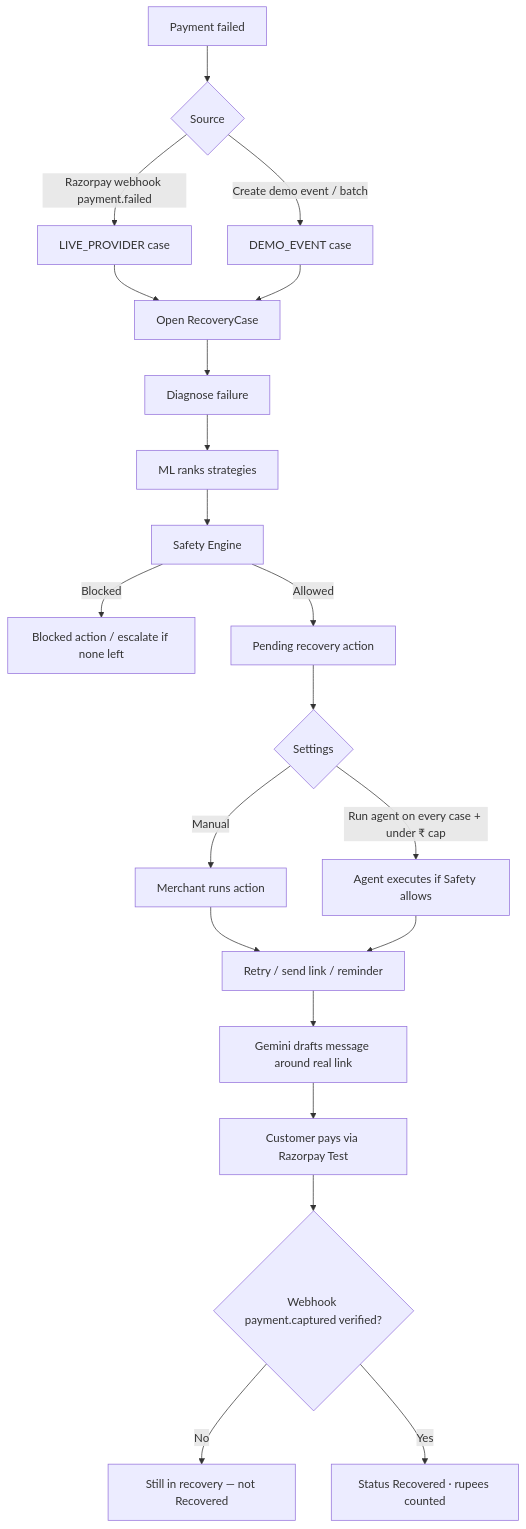
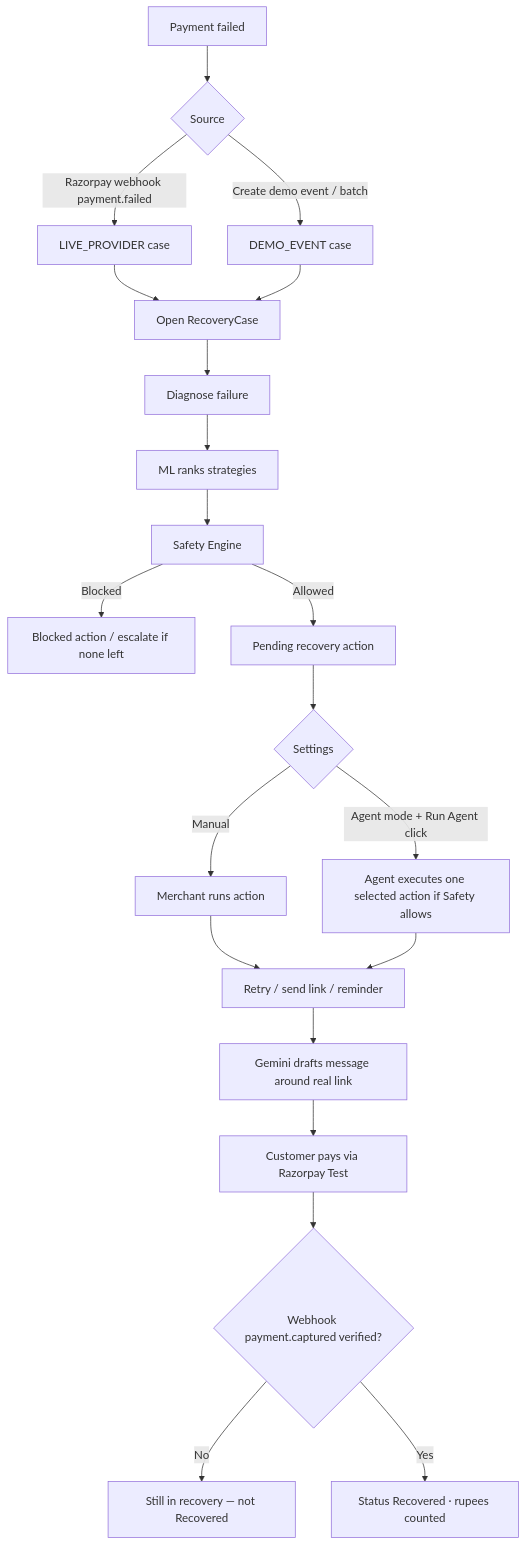
One commit to voyage-coder/RecoverAI changed the third of 4 diagrams in README.md. Above: the diagram before and after it, drawn with Mermaid. The commit also changed other lines of this file and 25 other files, not shown here.

Commit message:
Changed manual and run agent settings

````diff
--- a/README.md
+++ b/README.md
@@ -317,23 +317,23 @@
 ```mermaid
 flowchart TD
   A[Payment failed] --> B{Source}
   B -->|Razorpay webhook payment.failed| C[LIVE_PROVIDER case]
   B -->|Create demo event / batch| D[DEMO_EVENT case]
   C --> E[Open RecoveryCase]
   D --> E
   E --> F[Diagnose failure]
   F --> G[ML ranks strategies]
   G --> H[Safety Engine]
   H -->|Blocked| I[Blocked action / escalate if none left]
   H -->|Allowed| J[Pending recovery action]
   J --> K{Settings}
   K -->|Manual| L[Merchant runs action]
-  K -->|Run agent on every case + under ₹ cap| N[Agent executes if Safety allows]
+  K -->|Agent mode + Run Agent click| N[Agent executes one selected action if Safety allows]
   L --> O[Retry / send link / reminder]
   N --> O
   O --> P[Gemini drafts message around real link]
   P --> Q[Customer pays via Razorpay Test]
   Q --> R{Webhook payment.captured verified?}
   R -->|No| S[Still in recovery — not Recovered]
   R -->|Yes| T[Status Recovered · rupees counted]
 ```
````
